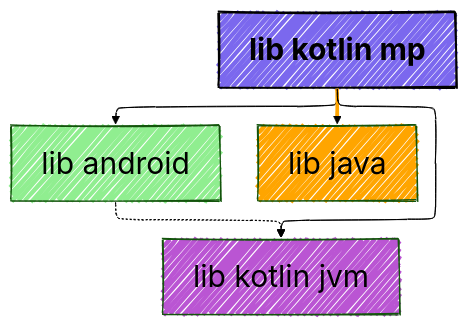
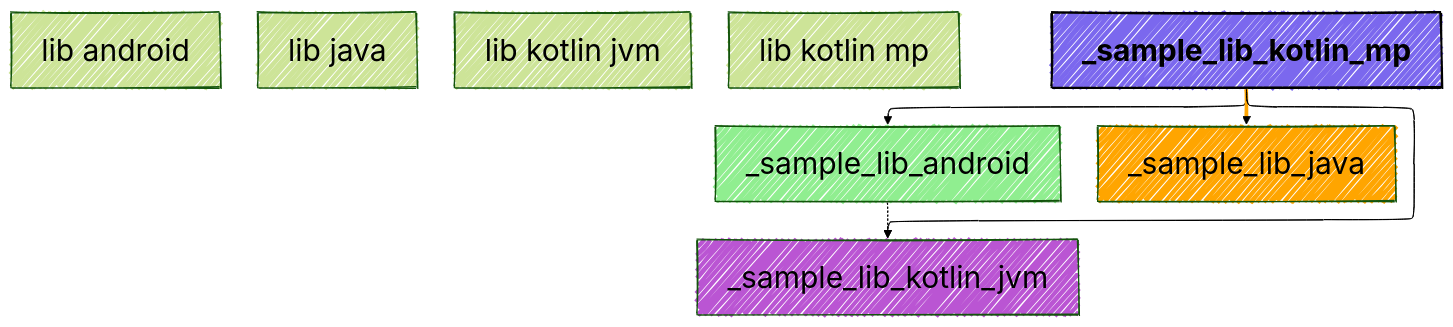
The diagram in samples/sample-mermaid/sample-lib-kotlin-mp/modular/chart.mmd (jonapoul/atlas), drawn with Mermaid before and after one commit. The commit also changed 15 other files, not shown here.

Commit message:
Group modules in mermaid (#169)

```diff
--- a/samples/sample-mermaid/sample-lib-kotlin-mp/modular/chart.mmd
+++ b/samples/sample-mermaid/sample-lib-kotlin-mp/modular/chart.mmd
@@ -1,35 +1,35 @@
 ---
 config:
   layout: elk
   look: handDrawn
   theme: forest
   elk:
     mergeEdges: true
     forceNodeModelOrder: true
     nodePlacementStrategy: LINEAR_SEGMENTS
     cycleBreakingStrategy: INTERACTIVE
     considerModelOrder: PREFER_EDGES
   themeVariables:
     background: #FFF
     fontFamily: arial
     lineColor: #55FF55
     primaryBorderColor: #FF5555
     primaryColor: #ABC123
     darkMode: true
     fontSize: 30px
     defaultLinkColor: #5555FF
 ---
 graph TD
-  _sample_lib_android["lib android"]
-  _sample_lib_java["lib java"]
-  _sample_lib_kotlin_jvm["lib kotlin jvm"]
-  _sample_lib_kotlin_mp["lib kotlin mp"]
+  lib_android["lib android"]
+  lib_java["lib java"]
+  lib_kotlin_jvm["lib kotlin jvm"]
+  lib_kotlin_mp["lib kotlin mp"]
   style _sample_lib_android fill:lightgreen,color:black
   style _sample_lib_java fill:orange,color:black
   style _sample_lib_kotlin_jvm fill:mediumorchid,color:black
   style _sample_lib_kotlin_mp fill:mediumslateblue,color:black,font-weight:bold,stroke:black,stroke-width:2px
   _sample_lib_android -.-> _sample_lib_kotlin_jvm
   _sample_lib_kotlin_mp --> _sample_lib_android
   _sample_lib_kotlin_mp ==> _sample_lib_java
   linkStyle 2 stroke:orange
   _sample_lib_kotlin_mp --> _sample_lib_kotlin_jvm
```
